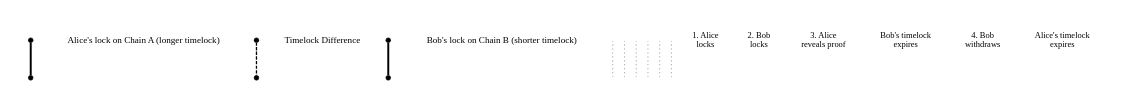
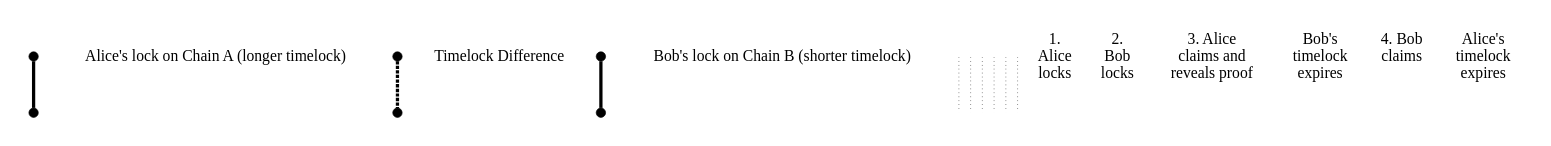
Before and after one commit to symbol/symbol: the second of 2 diagrams in mkdocs/pages/en/textbook/cross-chain-swaps.md, drawn with Graphviz.

````diff
--- a/mkdocs/pages/en/textbook/cross-chain-swaps.md
+++ b/mkdocs/pages/en/textbook/cross-chain-swaps.md
@@ -68,60 +68,58 @@
 ```graphviz neato timelock-windows.svg
 digraph TimelockWindows {
-    node [fontsize=14];
+    node [fontsize=24 shape=point width=0];
+    edge [arrowhead=none];
     pad=0.5;
 
     // Alice's lock bar (Chain A - longer, top)
-    A_start [label="" shape=point pos="0,5!" width=0.1];
-    A_end [label="" shape=point pos="12,5!" width=0.1];
-    A_start -> A_end [style=bold penwidth=3 arrowhead=none];
-    A_label [label="Alice's lock on Chain A (longer timelock)"
-        shape=plaintext pos="6,5.3!" fontsize=14];
+    A_start [pos="0,5!" width=0.2];
+    A_end [pos="12,5!" width=0.2];
+    A_start -> A_end [style=bold penwidth=5];
+    A_label [label="Alice's lock on Chain A (longer timelock)" shape=plaintext pos="6,5.3!"];
 
     // Timelock Difference (between Bob's expiry and Alice's expiry)
-    TG_start [label="" shape=point pos="7,3.5!" width=0.1];
-    TG_end [label="" shape=point pos="12,3.5!" width=0.1];
-    TG_start -> TG_end [style=dashed penwidth=2 arrowhead=none];
-    TG_label [label="Timelock Difference"
-        shape=plaintext pos="9.5,3.8!" fontsize=14];
+    TG_start [pos="7,3.5!" width=0.2];
+    TG_end [pos="12,3.5!" width=0.2];
+    TG_start -> TG_end [style=dashed penwidth=5];
+    TG_label [label="Timelock Difference" shape=plaintext pos="9.5,3.8!"];
 
     // Bob's lock bar (Chain B - shorter)
-    B_start [label="" shape=point pos="1,2!" width=0.1];
-    B_end [label="" shape=point pos="7,2!" width=0.1];
-    B_start -> B_end [style=bold penwidth=3 arrowhead=none];
-    B_label [label="Bob's lock on Chain B (shorter timelock)"
-        shape=plaintext pos="4,2.3!" fontsize=14];
+    B_start [pos="1,2!" width=0.2];
+    B_end [pos="7,2!" width=0.2];
+    B_start -> B_end [style=bold penwidth=5];
+    B_label [label="Bob's lock on Chain B (shorter timelock)" shape=plaintext pos="4,2.3!"];
 
     // Vertical ticks
-    T1_top [label="" shape=point pos="0,5!" width=0];
-    T1_bot [label="" shape=point pos="0,0.8!" width=0];
-    T1_top -> T1_bot [arrowhead=none style=dotted];
+    T1_top [pos="0,5!"];
+    T1_bot [pos="0,0.8!"];
+    T1_top -> T1_bot [style=dotted];
 
-    T2_top [label="" shape=point pos="1,2!" width=0];
-    T2_bot [label="" shape=point pos="1,0.8!" width=0];
-    T2_top -> T2_bot [arrowhead=none style=dotted];
+    T2_top [pos="1,2!"];
+    T2_bot [pos="1,0.8!"];
+    T2_top -> T2_bot [style=dotted];
 
-    T3_top [label="" shape=point pos="6,2!" width=0];
-    T3_bot [label="" shape=point pos="6,0.8!" width=0];
-    T3_top -> T3_bot [arrowhead=none style=dotted];
+    T3_top [pos="5,2!"];
+    T3_bot [pos="5,0.8!"];
+    T3_top -> T3_bot [style=dotted];
 
-    T4_top [label="" shape=point pos="7,2!" width=0];
-    T4_bot [label="" shape=point pos="7,0.8!" width=0];
-    T4_top -> T4_bot [arrowhead=none style=dotted];
+    T4_top [pos="7,2!"];
+    T4_bot [pos="7,0.8!"];
+    T4_top -> T4_bot [style=dotted];
 
-    T5_top [label="" shape=point pos="10,5!" width=0];
-    T5_bot [label="" shape=point pos="10,0.8!" width=0];
-    T5_top -> T5_bot [arrowhead=none style=dotted];
+    T5_top [pos="10,5!"];
+    T5_bot [pos="10,0.8!"];
+    T5_top -> T5_bot [style=dotted];
 
-    T6_top [label="" shape=point pos="12,5!" width=0];
-    T6_bot [label="" shape=point pos="12,0.8!" width=0];
-    T6_top -> T6_bot [arrowhead=none style=dotted];
+    T6_top [pos="12,5!"];
+    T6_bot [pos="12,0.8!"];
+    T6_top -> T6_bot [style=dotted];
 
     // Labels below
-    L1 [label="1. Alice\nlocks" shape=plaintext pos="0,0.2!" fontsize=13];
-    L2 [label="2. Bob\nlocks" shape=plaintext pos="1,0.2!" fontsize=13];
-    L3 [label="3. Alice\nreveals proof" shape=plaintext pos="6,0.2!" fontsize=13];
-    L4 [label="Bob's timelock\nexpires" shape=plaintext pos="7,0.2!" fontsize=13];
-    L5 [label="4. Bob\nwithdraws" shape=plaintext pos="10,0.2!" fontsize=13];
-    L6 [label="Alice's timelock\nexpires" shape=plaintext pos="12,0.2!" fontsize=13];
+    L1 [label="1.\nAlice\nlocks" shape=plaintext pos="0,0.2!"];
+    L2 [label="2.\nBob\nlocks" shape=plaintext pos="1,0.2!"];
+    L3 [label="3. Alice\nclaims and\nreveals proof" shape=plaintext pos="5,0.2!"];
+    L4 [label="Bob's\ntimelock\nexpires" shape=plaintext pos="7,0.2!"];
+    L5 [label="4. Bob\nclaims\n " shape=plaintext pos="10,0.2!"];
+    L6 [label="Alice's\ntimelock\nexpires" shape=plaintext pos="12,0.2!"];
 }
 ```
````
